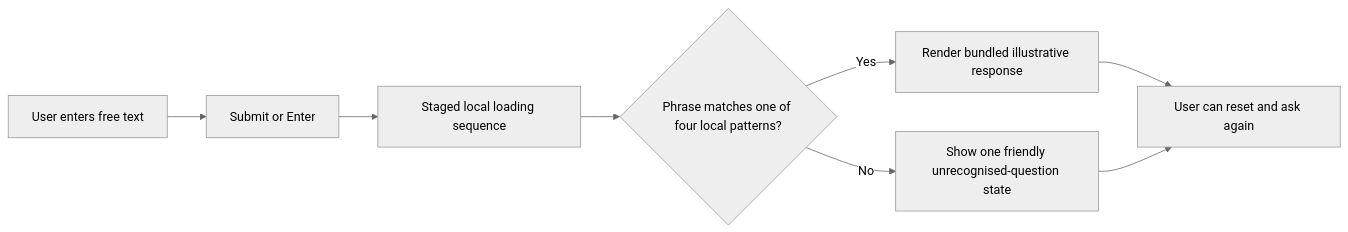
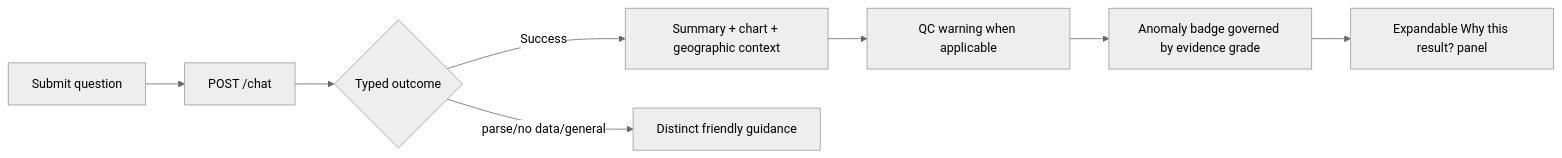
Before and after one commit to dhruvwarriorr/floatchat: the diagram in docs/design.md, drawn with Mermaid (neutral theme). The commit also changed other lines of this file and 32 other files, not shown here.

````diff
--- a/docs/design.md
+++ b/docs/design.md
@@ -16,10 +14,10 @@
 ```mermaid
 flowchart LR
-    A[User enters free text] --> B[Submit or Enter]
-    B --> C[Staged local loading sequence]
-    C --> D{Phrase matches one of four local patterns?}
-    D -->|Yes| E[Render bundled illustrative response]
-    D -->|No| F[Show one friendly unrecognised-question state]
-    E --> G[User can reset and ask again]
-    F --> G
+    A[Submit question] --> B[POST /chat]
+    B --> C{Typed outcome}
+    C -->|Success| D[Summary + chart + geographic context]
+    D --> E[QC warning when applicable]
+    E --> F[Anomaly badge governed by evidence grade]
+    F --> G[Expandable Why this result? panel]
+    C -->|parse/no data/general| H[Distinct friendly guidance]
 ```
````
